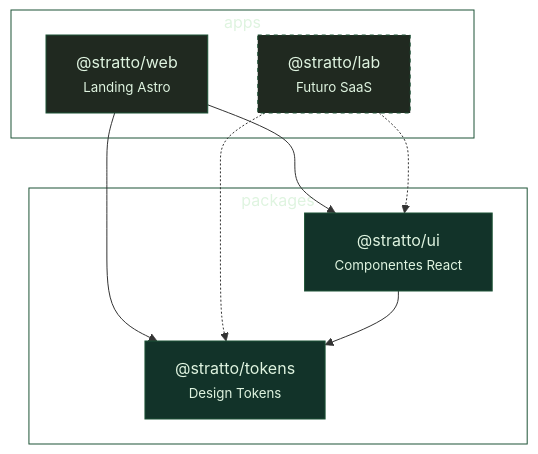
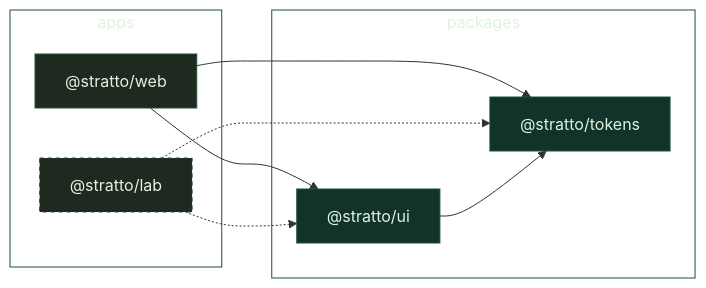
The diagram in README.md (stratttodev/stratto), drawn with Mermaid before and after one commit.

Commit message:
:art: mermaid LR layout con flechas rectas

````diff
--- a/README.md
+++ b/README.md
@@ -37,23 +37,25 @@
 ```mermaid
-graph TD
+graph LR
   subgraph apps["apps"]
-    WEB["@stratto/web<br><small>Landing Astro</small>"]
-    LAB["@stratto/lab<br><small>Futuro SaaS</small>"]
+    WEB["@stratto/web"]
+    LAB["@stratto/lab"]
   end
 
   subgraph packages["packages"]
-    TOKENS["@stratto/tokens<br><small>Design Tokens</small>"]
-    UI["@stratto/ui<br><small>Componentes React</small>"]
+    TOKENS["@stratto/tokens"]
+    UI["@stratto/ui"]
   end
 
-  WEB --> UI & TOKENS
-  LAB -.-> UI & TOKENS
+  WEB --> UI
+  WEB --> TOKENS
+  LAB -.-> UI
+  LAB -.-> TOKENS
   UI --> TOKENS
 
   style WEB fill:#202920,stroke:#1D5336,color:#dff4e0
   style LAB fill:#202920,stroke:#1D5336,color:#dff4e0,stroke-dasharray:4 4
   style TOKENS fill:#123329,stroke:#1D5336,color:#dff4e0
   style UI fill:#123329,stroke:#1D5336,color:#dff4e0
   style apps fill:transparent,stroke:#1D5336,color:#dff4e0
   style packages fill:transparent,stroke:#1D5336,color:#dff4e0
 ```
````
